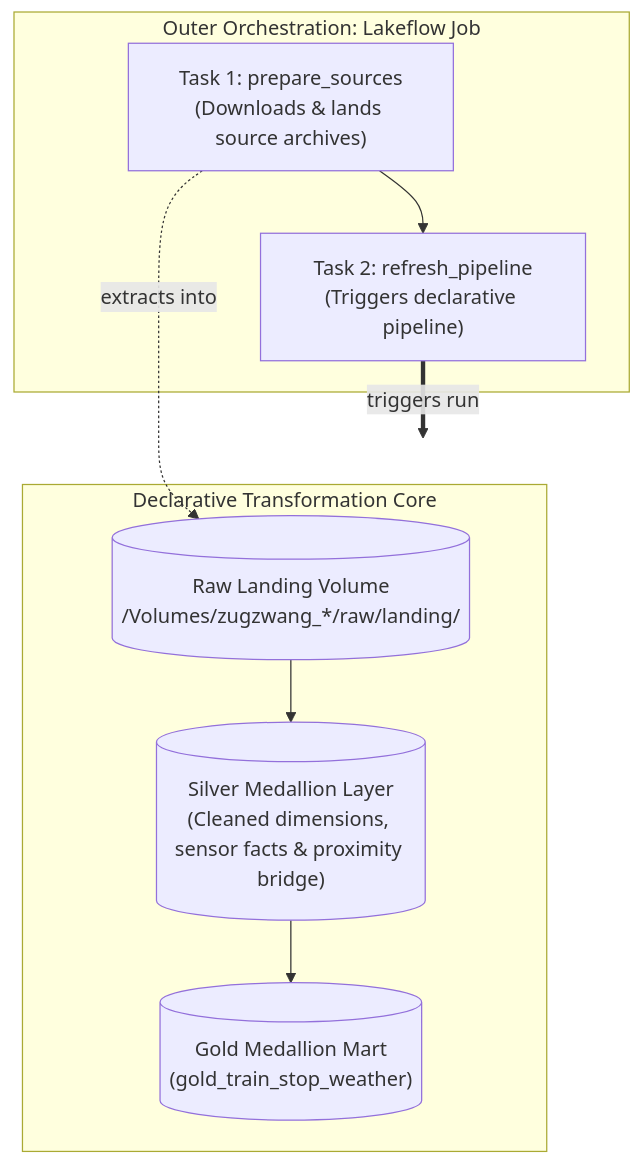
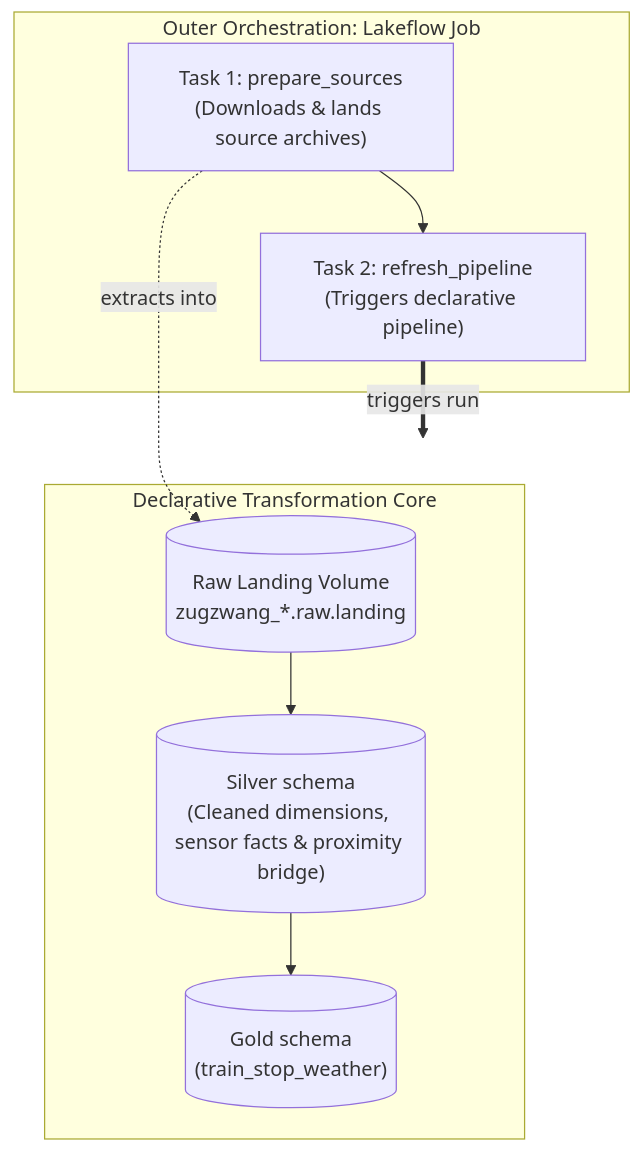
The diagram in docs/architecture.md (ziyuonmain/zugzwang), drawn with Mermaid before and after one commit. The commit also changed other lines of this file and 8 other files, not shown here.

Commit message:
feat(schema): separate silver and gold serving schemas and record ADR 0003

````diff
--- a/docs/architecture.md
+++ b/docs/architecture.md
@@ -13,18 +13,18 @@
 ```mermaid
 flowchart TD
     subgraph Job["Outer Orchestration: Lakeflow Job"]
         t1["Task 1: prepare_sources<br/>(Downloads & lands source archives)"]
         t2["Task 2: refresh_pipeline<br/>(Triggers declarative pipeline)"]
         t1 --> t2
     end
 
     subgraph DataFlow["Declarative Transformation Core"]
-        raw[("Raw Landing Volume<br/>/Volumes/zugzwang_*/raw/landing/")]
-        silver[("Silver Medallion Layer<br/>(Cleaned dimensions, sensor facts & proximity bridge)")]
-        gold[("Gold Medallion Mart<br/>(gold_train_stop_weather)")]
+        raw[("Raw Landing Volume<br/>zugzwang_*.raw.landing")]
+        silver[("Silver schema<br/>(Cleaned dimensions, sensor facts & proximity bridge)")]
+        gold[("Gold schema<br/>(train_stop_weather)")]
         raw --> silver --> gold
     end
 
     t1 -.->|extracts into| raw
     t2 ==>|triggers run| DataFlow
 ```
````
